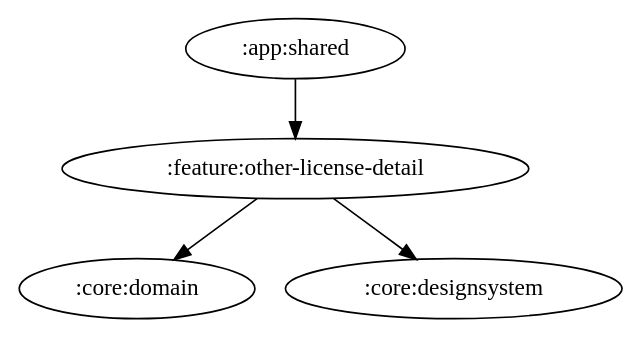
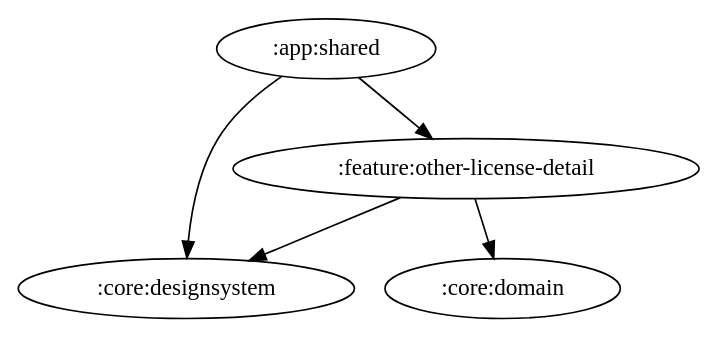
Before and after one commit to ai-kurou/KoDriver: the diagram in docs/graphs/feature-other-license-detail.gv, drawn with Graphviz. The commit also changed 37 other files, not shown here.

Commit message:
chore: update module graph images

```diff
--- a/docs/graphs/feature-other-license-detail.gv
+++ b/docs/graphs/feature-other-license-detail.gv
@@ -1,6 +1,7 @@
 digraph G {
   rankdir=TB
+  ":app:shared" -> ":core:designsystem"
   ":app:shared" -> ":feature:other-license-detail"
   ":feature:other-license-detail" -> ":core:domain"
   ":feature:other-license-detail" -> ":core:designsystem"
 }
```
